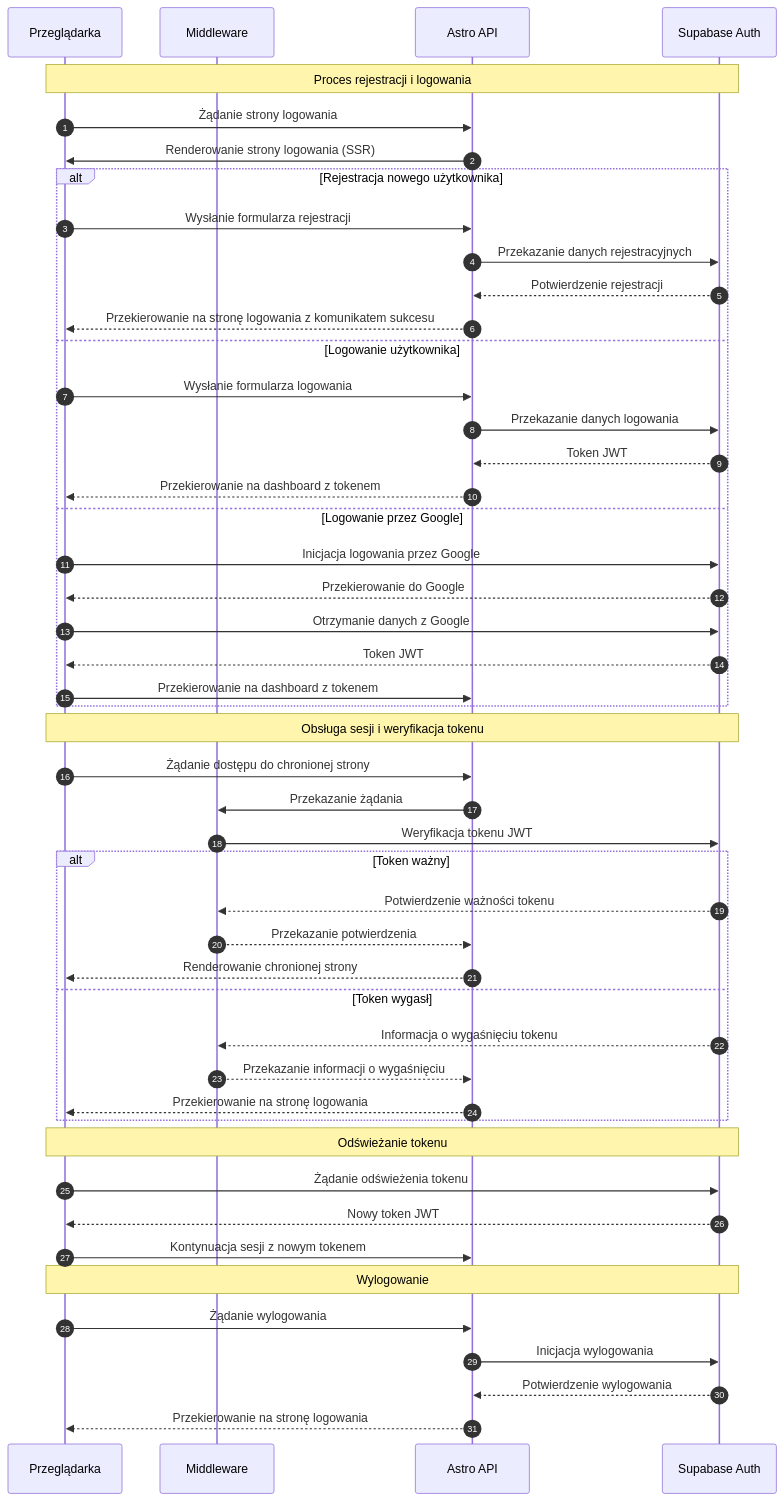
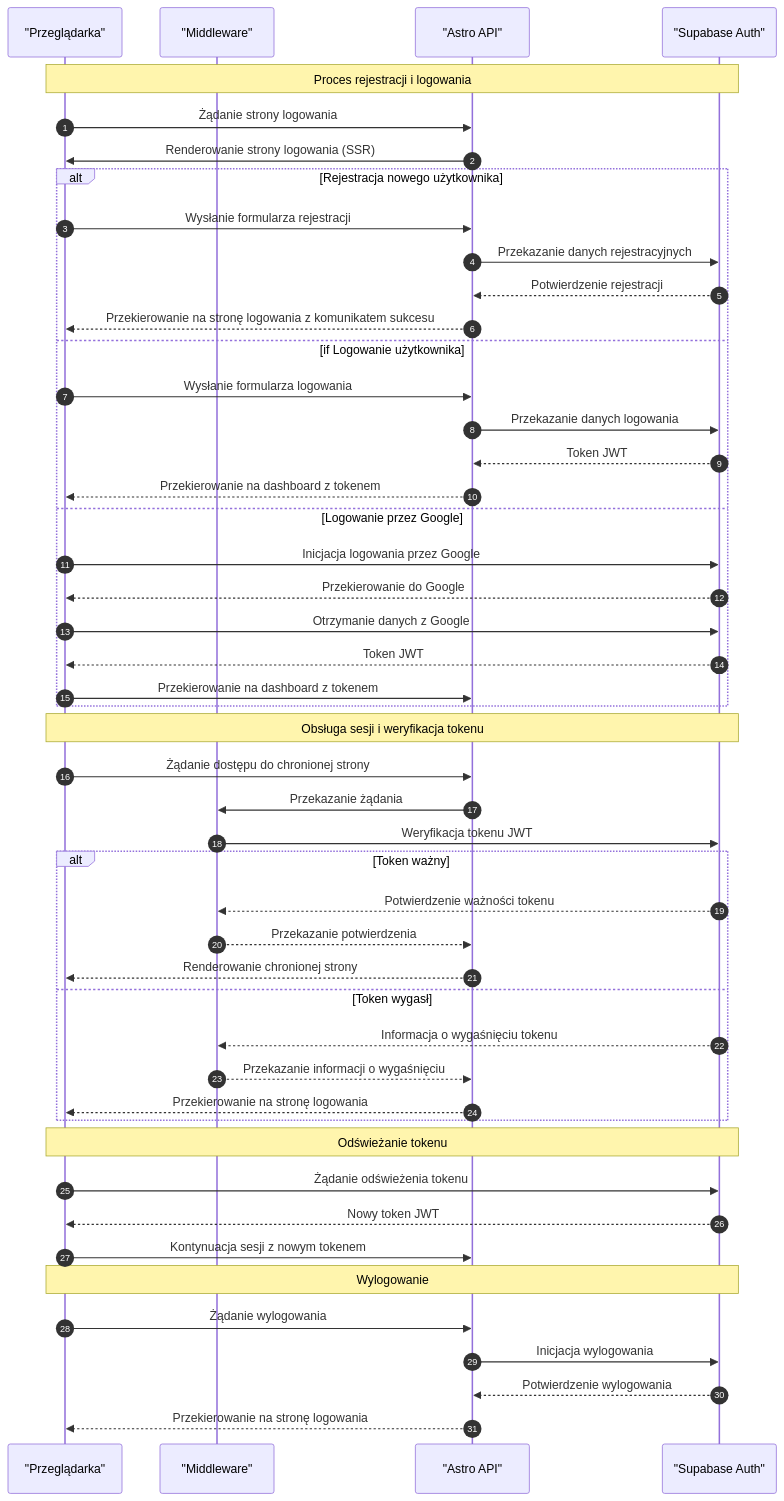
Before and after one commit to artkwi/10x-cards: the diagram in .ai/diagrams/auth.md, drawn with Mermaid.

Commit message:
auth.md updated

````diff
--- a/.ai/diagrams/auth.md
+++ b/.ai/diagrams/auth.md
@@ -1,59 +1,59 @@
 ```mermaid
 sequenceDiagram
     autonumber
-    participant Browser as Przeglądarka
-    participant Middleware as Middleware
-    participant AstroAPI as Astro API
-    participant SupabaseAuth as Supabase Auth
+    participant Browser as "Przeglądarka"
+    participant Middleware as "Middleware"
+    participant AstroAPI as "Astro API"
+    participant SupabaseAuth as "Supabase Auth"
 
     Note over Browser,SupabaseAuth: Proces rejestracji i logowania
 
     Browser->>AstroAPI: Żądanie strony logowania
     AstroAPI->>Browser: Renderowanie strony logowania (SSR)
 
     alt Rejestracja nowego użytkownika
         Browser->>AstroAPI: Wysłanie formularza rejestracji
         AstroAPI->>SupabaseAuth: Przekazanie danych rejestracyjnych
         SupabaseAuth-->>AstroAPI: Potwierdzenie rejestracji
         AstroAPI-->>Browser: Przekierowanie na stronę logowania z komunikatem sukcesu
-    else Logowanie użytkownika
+    else if Logowanie użytkownika
         Browser->>AstroAPI: Wysłanie formularza logowania
         AstroAPI->>SupabaseAuth: Przekazanie danych logowania
         SupabaseAuth-->>AstroAPI: Token JWT
         AstroAPI-->>Browser: Przekierowanie na dashboard z tokenem
     else Logowanie przez Google
         Browser->>SupabaseAuth: Inicjacja logowania przez Google
         SupabaseAuth-->>Browser: Przekierowanie do Google
         Browser->>SupabaseAuth: Otrzymanie danych z Google
         SupabaseAuth-->>Browser: Token JWT
         Browser->>AstroAPI: Przekierowanie na dashboard z tokenem
     end
 
     Note over Browser,SupabaseAuth: Obsługa sesji i weryfikacja tokenu
 
     Browser->>AstroAPI: Żądanie dostępu do chronionej strony
     AstroAPI->>Middleware: Przekazanie żądania
     Middleware->>SupabaseAuth: Weryfikacja tokenu JWT
     alt Token ważny
         SupabaseAuth-->>Middleware: Potwierdzenie ważności tokenu
         Middleware-->>AstroAPI: Przekazanie potwierdzenia
         AstroAPI-->>Browser: Renderowanie chronionej strony
     else Token wygasł
         SupabaseAuth-->>Middleware: Informacja o wygaśnięciu tokenu
         Middleware-->>AstroAPI: Przekazanie informacji o wygaśnięciu
         AstroAPI-->>Browser: Przekierowanie na stronę logowania
     end
 
     Note over Browser,SupabaseAuth: Odświeżanie tokenu
 
     Browser->>SupabaseAuth: Żądanie odświeżenia tokenu
     SupabaseAuth-->>Browser: Nowy token JWT
     Browser->>AstroAPI: Kontynuacja sesji z nowym tokenem
 
     Note over Browser,SupabaseAuth: Wylogowanie
 
     Browser->>AstroAPI: Żądanie wylogowania
     AstroAPI->>SupabaseAuth: Inicjacja wylogowania
     SupabaseAuth-->>AstroAPI: Potwierdzenie wylogowania
     AstroAPI-->>Browser: Przekierowanie na stronę logowania
 ```
````
